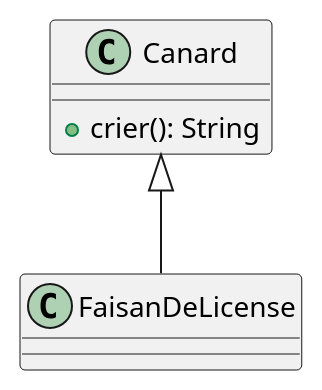
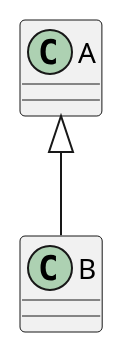
Before and after one commit to ebpro/lecture-UTLN-M1_Info_Math-DEV-OOCOL: the first of 2 diagrams in zz_canary_plantuml.qmd, drawn with PlantUML. The commit also changed other lines of this file, not shown here.

Commit message:
test(canary): variantes de fence plantuml

````diff
--- a/zz_canary_plantuml.qmd
+++ b/zz_canary_plantuml.qmd
@@ -7,8 +7,5 @@
-```{plantuml}
+```plantuml
 @startuml
-Canard <|-- FaisanDeLicense
-class Canard {
-  +crier(): String
-}
+A <|-- B
 @enduml
 ```
````
